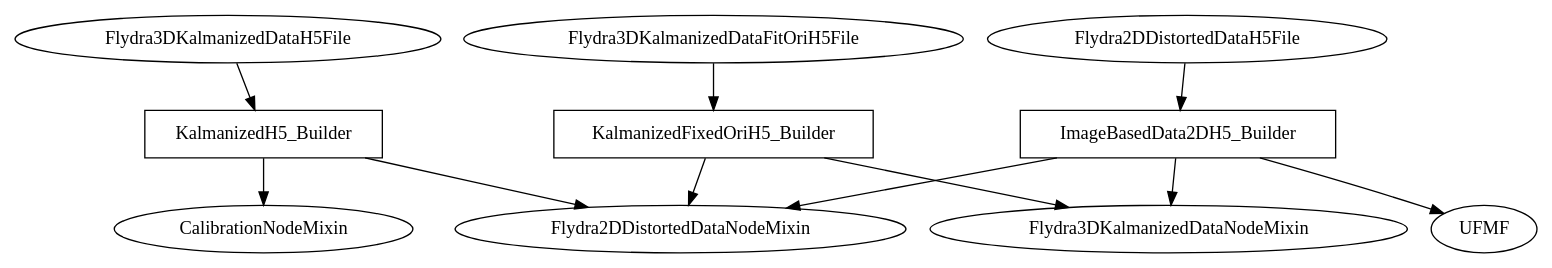
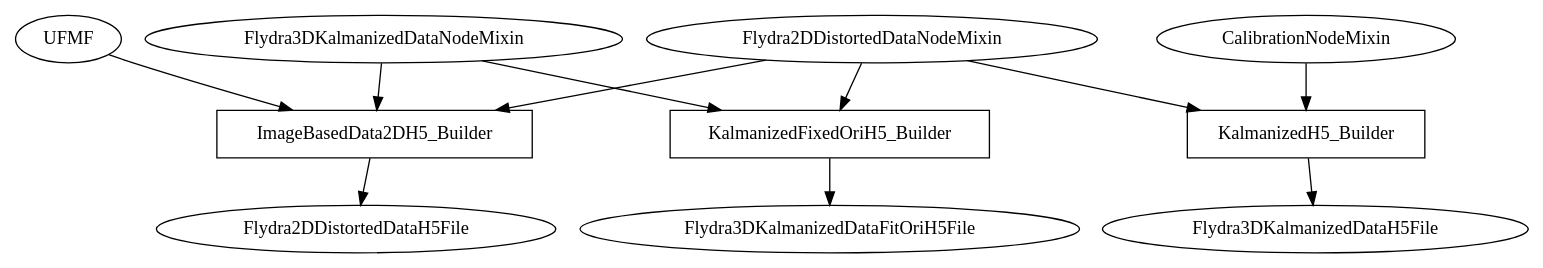
Before and after one commit to strawlab/flydra: the diagram in flydra-sphinx-docs/dataflow.dot, drawn with Graphviz.

Commit message:
flydra dots: fix arrow directions

```diff
--- a/flydra-sphinx-docs/dataflow.dot
+++ b/flydra-sphinx-docs/dataflow.dot
@@ -1,17 +1,17 @@
 digraph G {
-  ImageBasedData2DH5_Builder -> UFMF;
-  ImageBasedData2DH5_Builder -> Flydra2DDistortedDataNodeMixin;
-  ImageBasedData2DH5_Builder -> Flydra3DKalmanizedDataNodeMixin;
+  UFMF -> ImageBasedData2DH5_Builder;
+  Flydra2DDistortedDataNodeMixin -> ImageBasedData2DH5_Builder;
+  Flydra3DKalmanizedDataNodeMixin -> ImageBasedData2DH5_Builder;
   ImageBasedData2DH5_Builder [shape=box];
-  Flydra2DDistortedDataH5File -> ImageBasedData2DH5_Builder;
+  ImageBasedData2DH5_Builder -> Flydra2DDistortedDataH5File;
 
-  KalmanizedH5_Builder -> CalibrationNodeMixin;
-  KalmanizedH5_Builder -> Flydra2DDistortedDataNodeMixin;
+  CalibrationNodeMixin -> KalmanizedH5_Builder;
+  Flydra2DDistortedDataNodeMixin -> KalmanizedH5_Builder;
   KalmanizedH5_Builder [shape=box];
-  Flydra3DKalmanizedDataH5File -> KalmanizedH5_Builder;
+  KalmanizedH5_Builder -> Flydra3DKalmanizedDataH5File;
 
-  KalmanizedFixedOriH5_Builder -> Flydra3DKalmanizedDataNodeMixin;
-  KalmanizedFixedOriH5_Builder -> Flydra2DDistortedDataNodeMixin;
+  Flydra3DKalmanizedDataNodeMixin -> KalmanizedFixedOriH5_Builder;
+  Flydra2DDistortedDataNodeMixin -> KalmanizedFixedOriH5_Builder;
   KalmanizedFixedOriH5_Builder [shape=box];
-  Flydra3DKalmanizedDataFitOriH5File -> KalmanizedFixedOriH5_Builder;
+  KalmanizedFixedOriH5_Builder -> Flydra3DKalmanizedDataFitOriH5File;
   }
```
